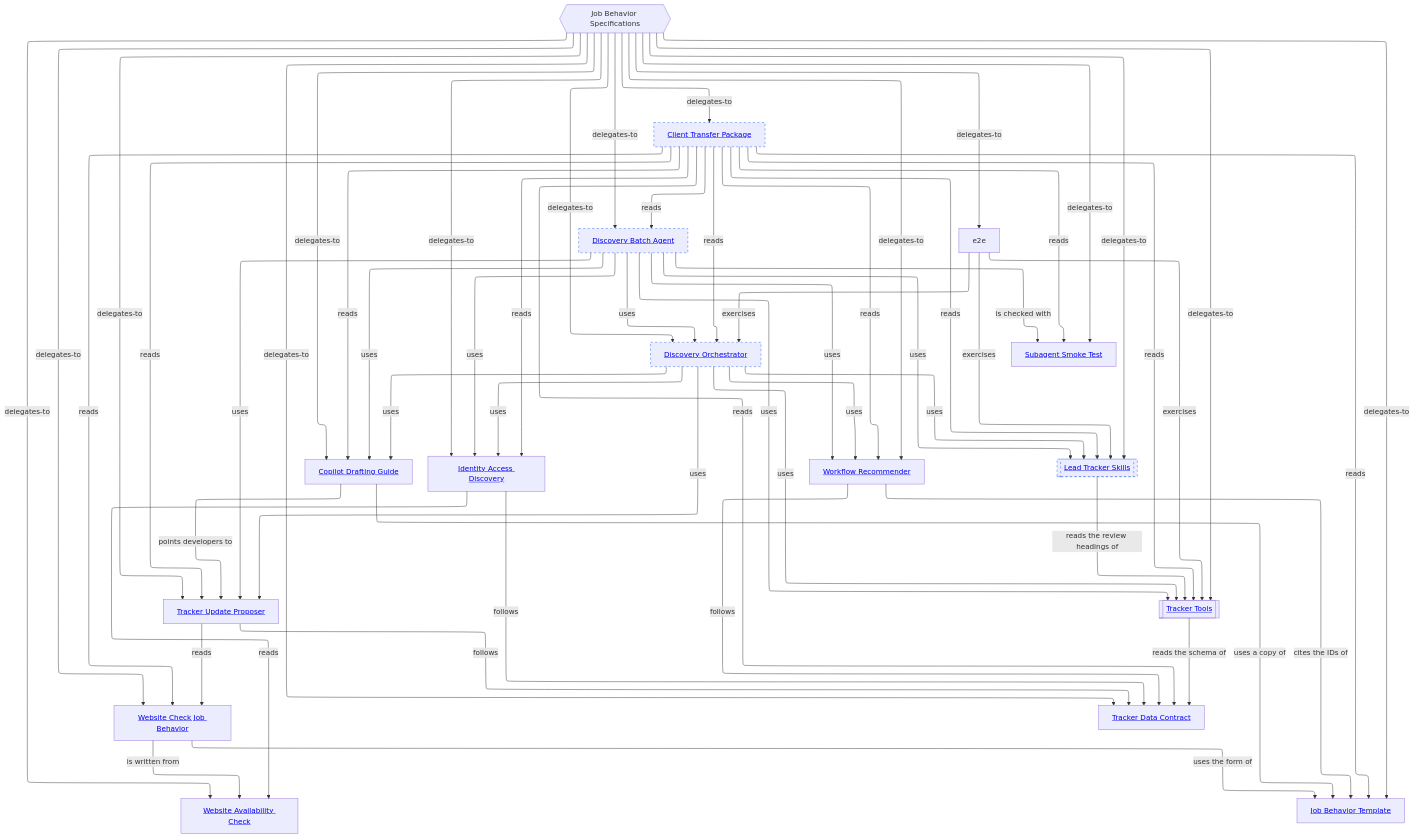
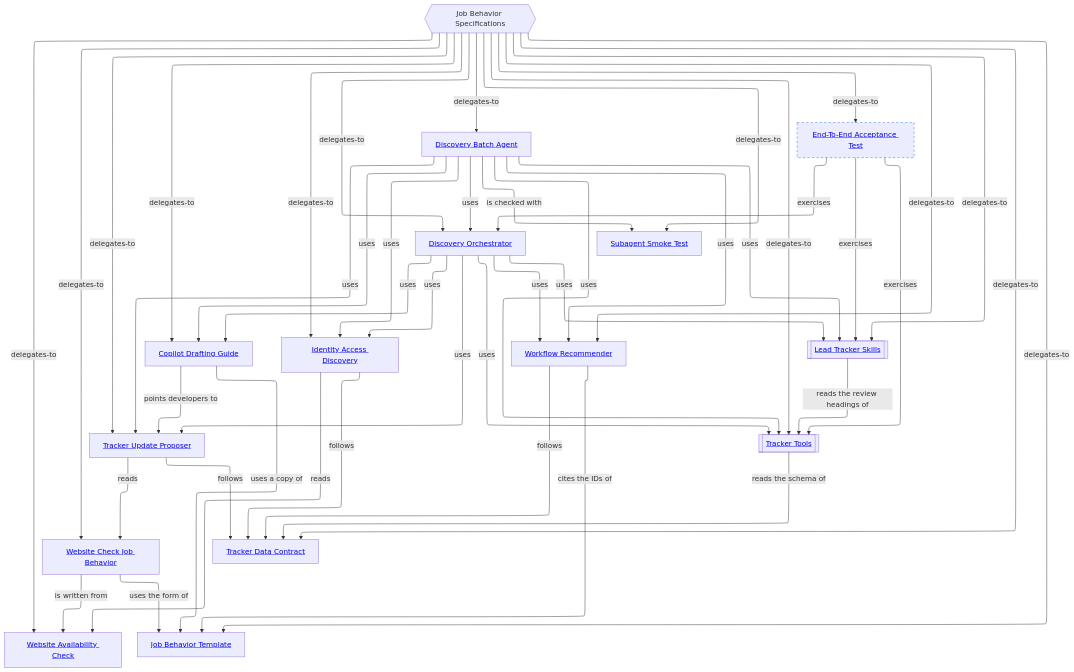
Before and after one commit to vrparthasarathy/migration-job-discovery: the second of 2 diagrams in README.md, drawn with Mermaid. The commit also changed other lines of this file and 143 other files, not shown here.

````diff
--- a/README.md
+++ b/README.md
@@ -161,80 +169,67 @@
 ```mermaid
 ---
 config:
   layout: elk
 ---
 %%{init: {"securityLevel": "loose"}}%%
 flowchart TB
   root{{"Job Behavior Specifications"}}
   check["<a href='website-availability-check/README.md#diagram'>Website Availability Check</a>"]
   tmpl["<a href='job-behavior-template/README.md#diagram'>Job Behavior Template</a>"]
   ref["<a href='website-check-job-behavior/README.md#diagram'>Website Check Job Behavior</a>"]
   guide["<a href='copilot-drafting-guide/README.md#diagram'>Copilot Drafting Guide</a>"]
   contract["<a href='tracker-data-contract/README.md#diagram'>Tracker Data Contract</a>"]
   proposer["<a href='tracker-update-proposer/README.md#diagram'>Tracker Update Proposer</a>"]
   access["<a href='identity-access-discovery/README.md#diagram'>Identity Access Discovery</a>"]
   recommender["<a href='workflow-recommender/README.md#diagram'>Workflow Recommender</a>"]
   tools[["<a href='tracker-tools/README.md#diagram'>Tracker Tools</a>"]]
-  orch["<a href='discovery-orchestrator/README.md#planned-diagram'>Discovery Orchestrator</a>"]:::planned
-  transfer["<a href='client-transfer-package/README.md#planned-diagram'>Client Transfer Package</a>"]:::planned
-  skills[["<a href='lead-tracker-skills/README.md#diagram'>Lead Tracker Skills</a>"]]:::planned
-  batch["<a href='discovery-batch-agent/README.md#planned-diagram'>Discovery Batch Agent</a>"]:::planned
+  orch["<a href='discovery-orchestrator/README.md#diagram'>Discovery Orchestrator</a>"]
+  skills[["<a href='lead-tracker-skills/README.md#diagram'>Lead Tracker Skills</a>"]]
+  batch["<a href='discovery-batch-agent/README.md#diagram'>Discovery Batch Agent</a>"]
   smoke["<a href='subagent-smoke-test/README.md#design'>Subagent Smoke Test</a>"]
+  e2e["<a href='end-to-end-acceptance-test/README.md#planned-diagram'>End-To-End Acceptance Test</a>"]:::planned
   root -->|delegates-to| check
   root -->|delegates-to| tmpl
   root -->|delegates-to| ref
   root -->|delegates-to| guide
   root -->|delegates-to| contract
   root -->|delegates-to| proposer
   root -->|delegates-to| access
   root -->|delegates-to| recommender
   root -->|delegates-to| tools
   root -->|delegates-to| orch
-  root -->|delegates-to| transfer
   root -->|delegates-to| skills
   root -->|delegates-to| batch
   root -->|delegates-to| smoke
   ref -->|"uses the form of"| tmpl
   ref -->|"is written from"| check
   guide -->|"uses a copy of"| tmpl
   guide -->|"points developers to"| proposer
   proposer -->|"follows"| contract
   access -->|"follows"| contract
   recommender -->|"follows"| contract
   tools -->|"reads the schema of"| contract
   proposer -->|"reads"| ref
   access -->|"reads"| check
   recommender -->|"cites the IDs of"| tmpl
   orch -->|"uses"| proposer
   orch -->|"uses"| access
   orch -->|"uses"| guide
   orch -->|"uses"| recommender
   orch -->|"uses"| tools
-  transfer -->|"reads"| guide
-  transfer -->|"reads"| proposer
-  transfer -->|"reads"| access
-  transfer -->|"reads"| recommender
-  transfer -->|"reads"| orch
-  transfer -->|"reads"| contract
-  transfer -->|"reads"| tools
-  transfer -->|"reads"| tmpl
-  transfer -->|"reads"| ref
-  transfer -->|"reads"| skills
+  orch -->|"uses"| skills
   skills -->|"reads the review headings of"| tools
-  orch -->|"uses"| skills
   batch -->|"uses"| proposer
   batch -->|"uses"| access
   batch -->|"uses"| guide
   batch -->|"uses"| recommender
   batch -->|"uses"| tools
   batch -->|"uses"| skills
   batch -->|"uses"| orch
   batch -->|"is checked with"| smoke
-  transfer -->|"reads"| batch
-  transfer -->|"reads"| smoke
   root -->|delegates-to| e2e
   e2e -->|"exercises"| orch
   e2e -->|"exercises"| skills
   e2e -->|"exercises"| tools
   classDef planned stroke-dasharray: 5 5,stroke:#2563eb
 ```
````
